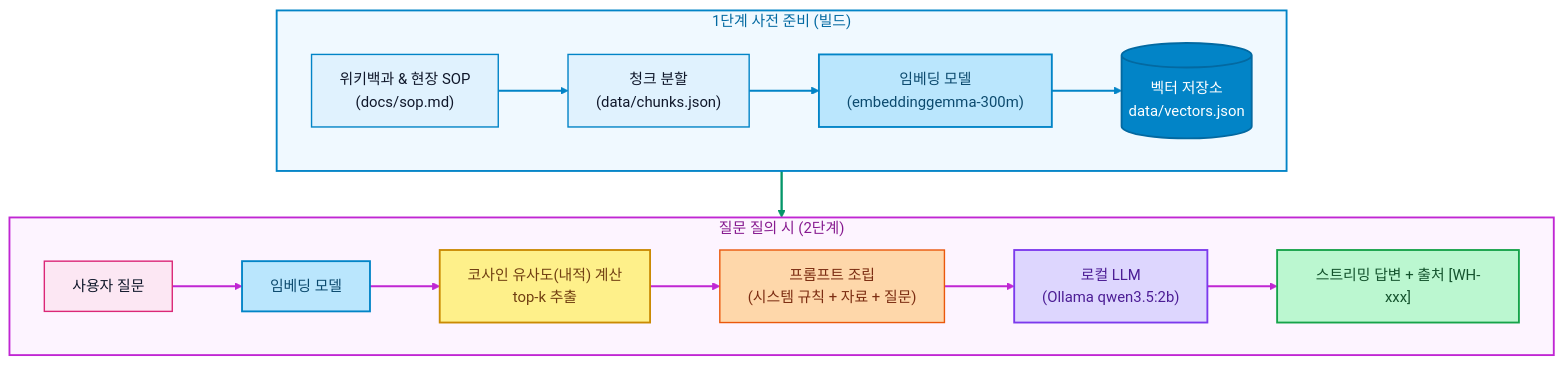
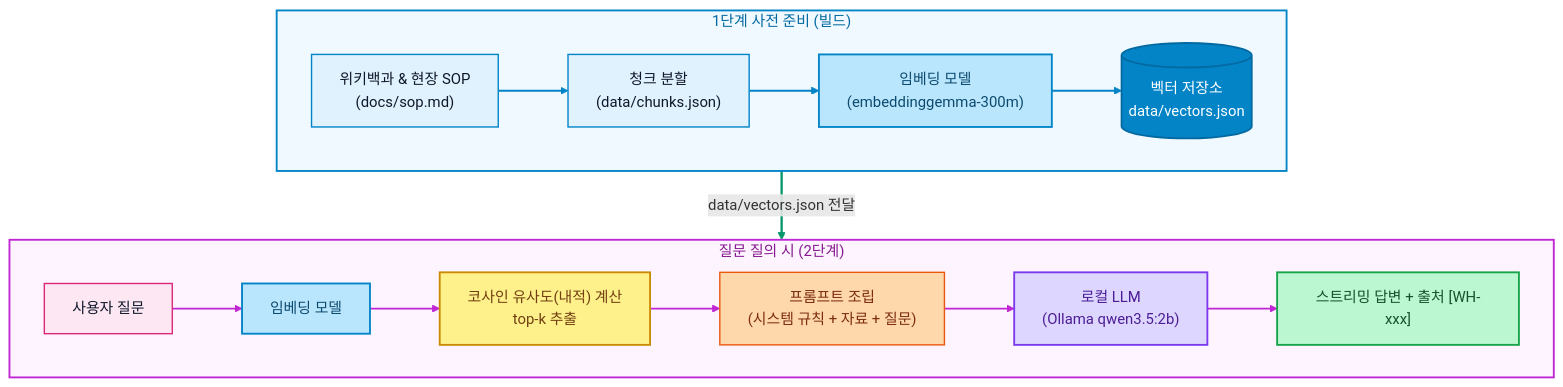
Before and after one commit to rome777/rag-chat-bot: the diagram in README.md, drawn with Mermaid.

````diff
--- a/README.md
+++ b/README.md
@@ -23,42 +23,42 @@
 ```mermaid
 flowchart TB
     subgraph 준비["1단계 사전 준비 (빌드)"]
         direction LR
         D["위키백과 & 현장 SOP<br/>(docs/sop.md)"] --> C["청크 분할<br/>(data/chunks.json)"]
         C --> E1["임베딩 모델<br/>(embeddinggemma-300m)"]
         E1 --> V[("벡터 저장소<br/>data/vectors.json")]
     end
 
     subgraph 검색과생성["질문 질의 시 (2단계)"]
         direction LR
         Q["사용자 질문"] --> E2["임베딩 모델"]
         E2 --> S["코사인 유사도(내적) 계산<br/>top-k 추출"]
         S --> P["프롬프트 조립<br/>(시스템 규칙 + 자료 + 질문)"]
         P --> L["로컬 LLM<br/>(Ollama qwen3.5:2b)"]
         L --> A["스트리밍 답변 + 출처 [WH-xxx]"]
     end
 
-    V --> S
+    준비 ==>|data/vectors.json 전달| 검색과생성
 
     %% 서브그래프 스타일
     style 준비 fill:#f0f9ff,stroke:#0284c7,stroke-width:2px,color:#0369a1
     style 검색과생성 fill:#fdf4ff,stroke:#c026d3,stroke-width:2px,color:#86198f
 
     %% 노드 스타일 (색상 적용)
     style D fill:#e0f2fe,stroke:#0284c7,stroke-width:1.5px,color:#0f172a
     style C fill:#e0f2fe,stroke:#0284c7,stroke-width:1.5px,color:#0f172a
     style E1 fill:#bae6fd,stroke:#0284c7,stroke-width:2px,color:#0c4a6e
     style V fill:#0284c7,stroke:#0369a1,stroke-width:2px,color:#ffffff
 
     style Q fill:#fce7f3,stroke:#db2777,stroke-width:1.5px,color:#0f172a
     style E2 fill:#bae6fd,stroke:#0284c7,stroke-width:2px,color:#0c4a6e
     style S fill:#fef08a,stroke:#ca8a04,stroke-width:2px,color:#713f12
     style P fill:#fed7aa,stroke:#ea580c,stroke-width:1.5px,color:#7c2d12
     style L fill:#ddd6fe,stroke:#7c3aed,stroke-width:2px,color:#4c1d95
     style A fill:#bbf7d0,stroke:#16a34a,stroke-width:2px,color:#14532d
 
     %% 엣지(연결선) 스타일 (색상 적용)
     linkStyle 0,1,2 stroke:#0284c7,stroke-width:2px;
     linkStyle 3,4,5,6,7 stroke:#c026d3,stroke-width:2px;
     linkStyle 8 stroke:#059669,stroke-width:2.5px;
 ```
````
